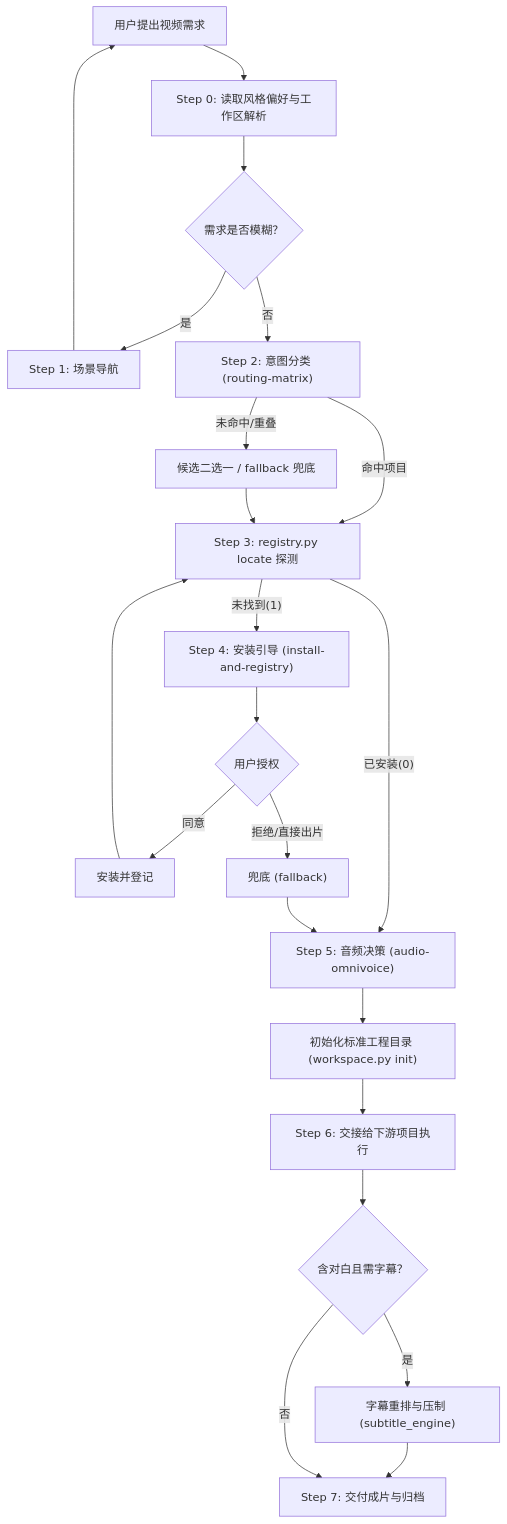
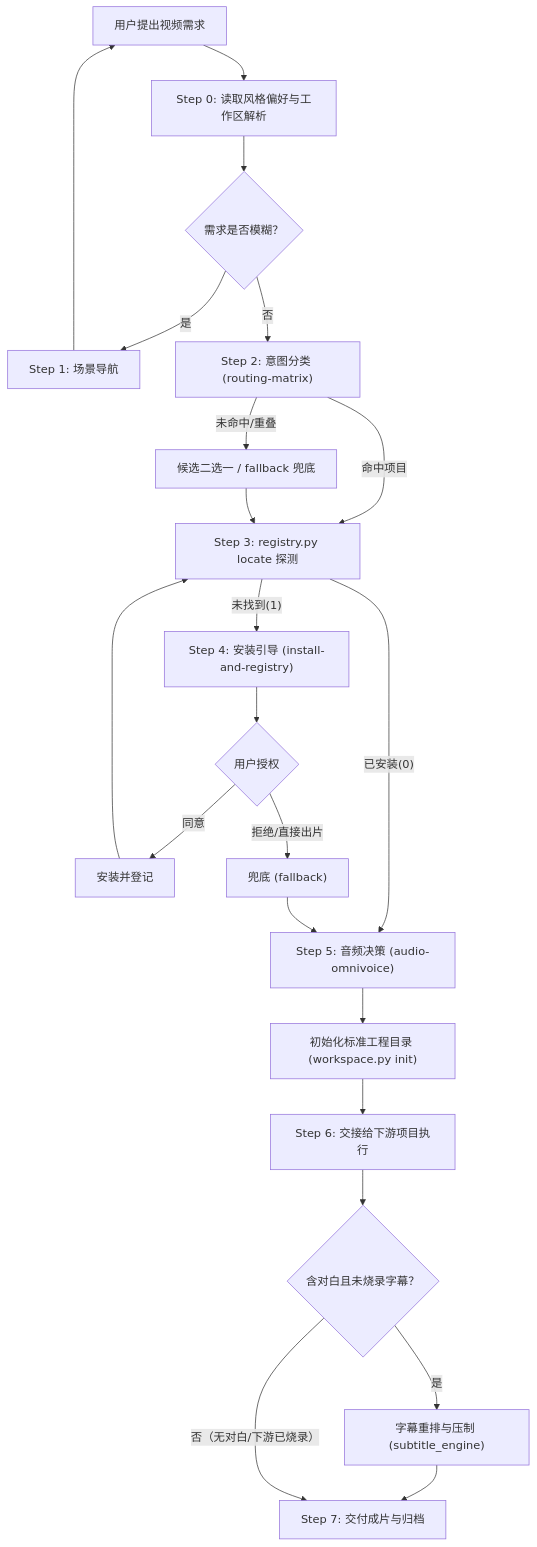
One commit to zlpawn/shrimp changed the diagram in lib/skills/leo-video-router/SKILL.md. Above: the diagram before and after it, drawn with Mermaid. The commit also changed other lines of this file and 7 other files, not shown here.

````diff
--- a/lib/skills/leo-video-router/SKILL.md
+++ b/lib/skills/leo-video-router/SKILL.md
@@ -29,18 +29,18 @@
 ```mermaid
 flowchart TD
     A["用户提出视频需求"] --> Step0["Step 0: 读取风格偏好与工作区解析"]
     Step0 --> B{"需求是否模糊？"}
     B -- "是" --> C["Step 1: 场景导航"] --> A
     B -- "否" --> D["Step 2: 意图分类 (routing-matrix)"]
     D -- "命中项目" --> G["Step 3: registry.py locate 探测"]
     D -- "未命中/重叠" --> Q["候选二选一 / fallback 兜底"] --> G
     G -- "已安装(0)" --> H["Step 5: 音频决策 (audio-omnivoice)"]
     G -- "未找到(1)" --> I["Step 4: 安装引导 (install-and-registry)"]
     I --> J{"用户授权"} -- "同意" --> K["安装并登记"] --> G
     J -- "拒绝/直接出片" --> F["兜底 (fallback)"] --> H
     H --> Init["初始化标准工程目录 (workspace.py init)"]
     Init --> L["Step 6: 交接给下游项目执行"]
-    L --> S{"含对白且需字幕？"}
+    L --> S{"含对白且未烧录字幕？"}
     S -- "是" --> N["字幕重排与压制 (subtitle_engine)"] --> M["Step 7: 交付成片与归档"]
-    S -- "否" --> M
+    S -- "否（无对白/下游已烧录）" --> M
 ```
````
